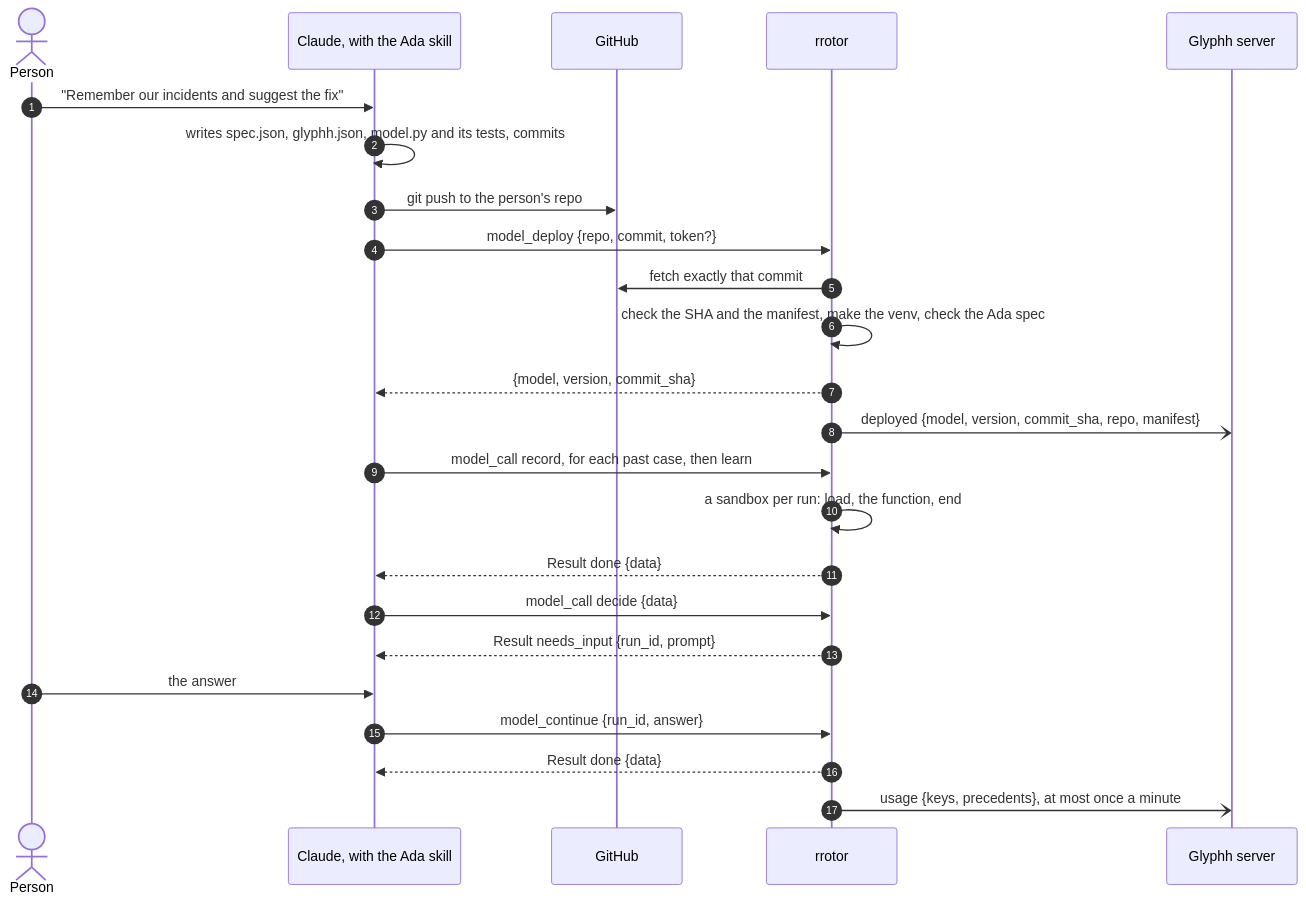
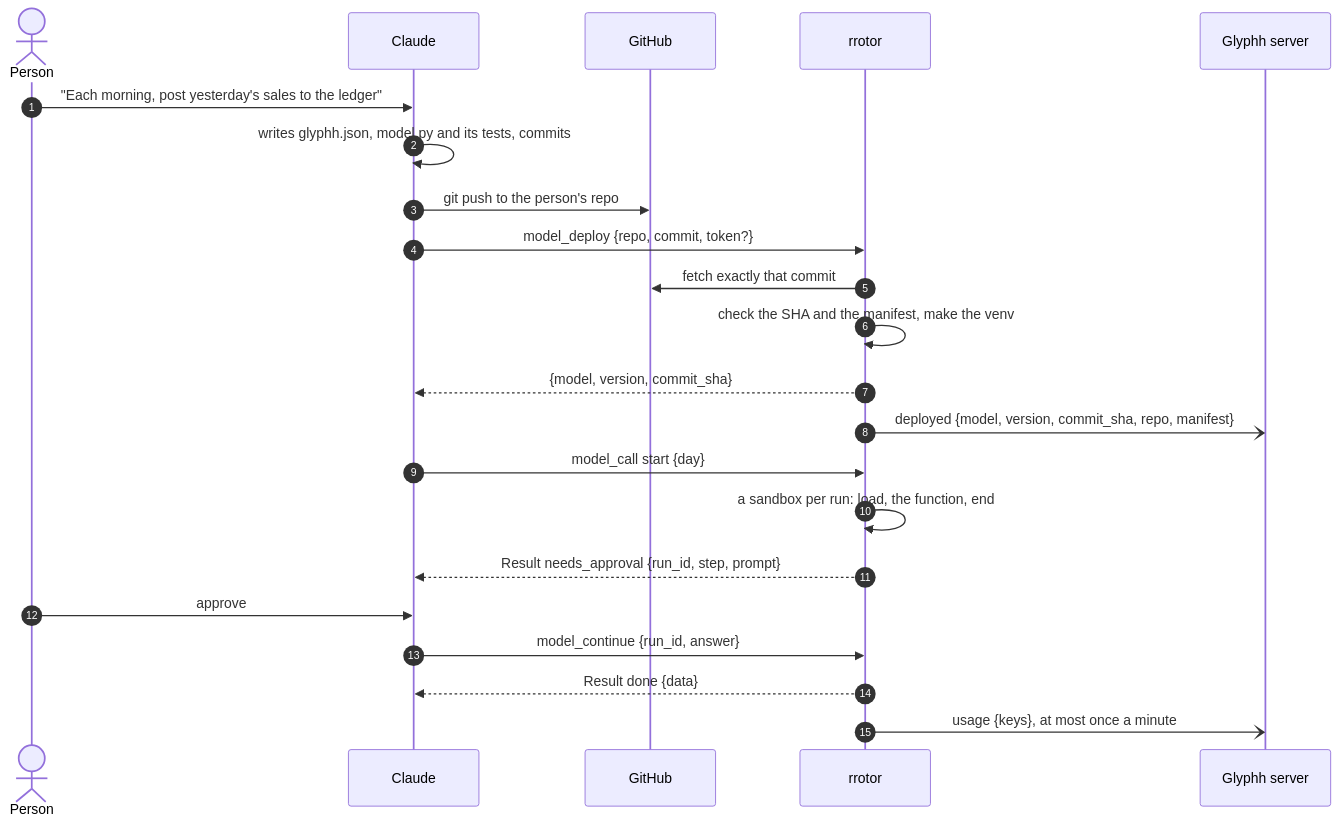
One commit to glyphh-ai/rrotor changed the second of 5 diagrams in docs/architecture.md. Above: the diagram before and after it, drawn with Mermaid. The commit also changed other lines of this file and 5 other files, not shown here.

````diff
--- a/docs/architecture.md
+++ b/docs/architecture.md
@@ -84,26 +85,24 @@
 ```mermaid
 sequenceDiagram
     autonumber
     actor P as Person
-    participant C as Claude, with the Ada skill
+    participant C as Claude
     participant GH as GitHub
     participant R as rrotor
     participant G as Glyphh server
-    P->>C: "Remember our incidents and suggest the fix"
-    C->>C: writes spec.json, glyphh.json, model.py and its tests, commits
+    P->>C: "Each morning, post yesterday's sales to the ledger"
+    C->>C: writes glyphh.json, model.py and its tests, commits
     C->>GH: git push to the person's repo
     C->>R: model_deploy {repo, commit, token?}
     R->>GH: fetch exactly that commit
-    R->>R: check the SHA and the manifest, make the venv, check the Ada spec
+    R->>R: check the SHA and the manifest, make the venv
     R-->>C: {model, version, commit_sha}
     R-)G: deployed {model, version, commit_sha, repo, manifest}
-    C->>R: model_call record, for each past case, then learn
+    C->>R: model_call start {day}
     R->>R: a sandbox per run: load, the function, end
-    R-->>C: Result done {data}
-    C->>R: model_call decide {data}
-    R-->>C: Result needs_input {run_id, prompt}
-    P->>C: the answer
+    R-->>C: Result needs_approval {run_id, step, prompt}
+    P->>C: approve
     C->>R: model_continue {run_id, answer}
     R-->>C: Result done {data}
-    R-)G: usage {keys, precedents}, at most once a minute
+    R-)G: usage {keys}, at most once a minute
 ```
````
